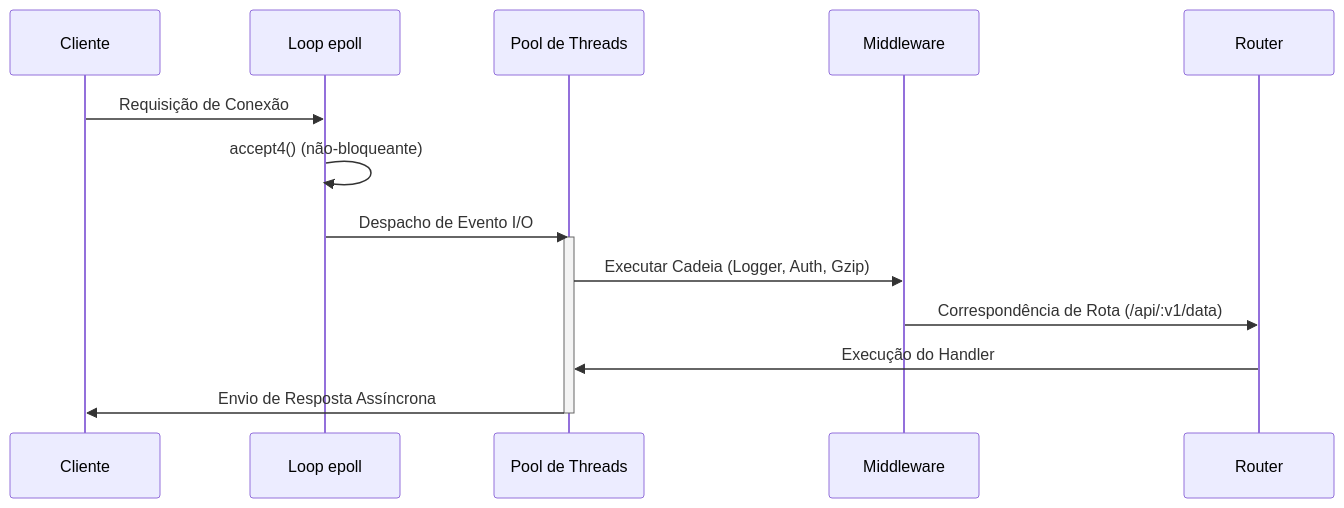
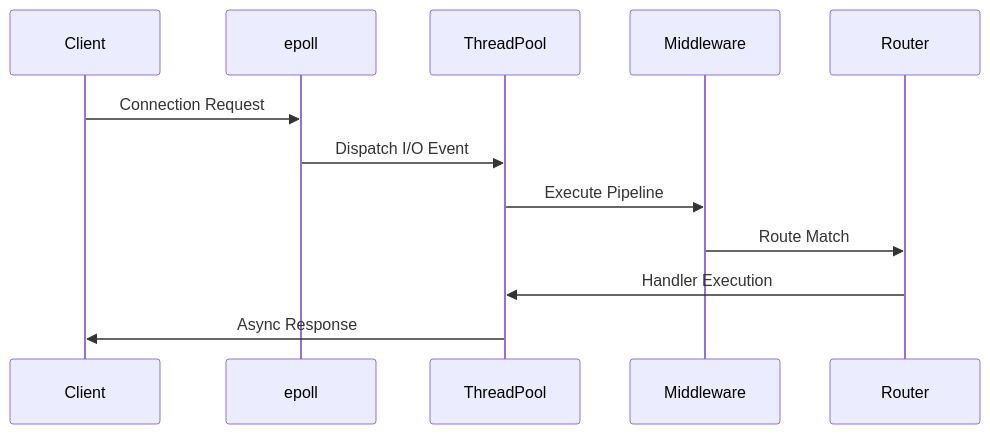
One commit to EduardoxDev/HTTP-Storm changed the diagram in README.md. Above: the diagram before and after it, drawn with Mermaid. The commit also changed other lines of this file, not shown here.

````diff
--- a/README.md
+++ b/README.md
@@ -33,18 +34,15 @@
 ```mermaid
 sequenceDiagram
-    participant C as Cliente
-    participant E as Loop epoll
-    participant T as Pool de Threads
-    participant M as Middleware
-    participant R as Router
+    participant Client
+    participant epoll
+    participant ThreadPool
+    participant Middleware
+    participant Router
 
-    C->>E: Requisição de Conexão
-    E->>E: accept4() (não-bloqueante)
-    E->>T: Despacho de Evento I/O
-    activate T
-    T->>M: Executar Cadeia (Logger, Auth, Gzip)
-    M->>R: Correspondência de Rota (/api/:v1/data)
-    R->>T: Execução do Handler
-    T->>C: Envio de Resposta Assíncrona
-    deactivate T
+    Client->>epoll: Connection Request
+    epoll->>ThreadPool: Dispatch I/O Event
+    ThreadPool->>Middleware: Execute Pipeline
+    Middleware->>Router: Route Match
+    Router->>ThreadPool: Handler Execution
+    ThreadPool->>Client: Async Response
 ```
````
